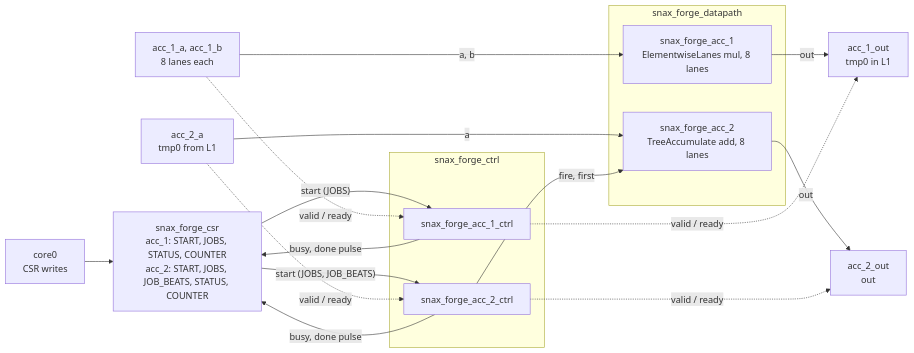
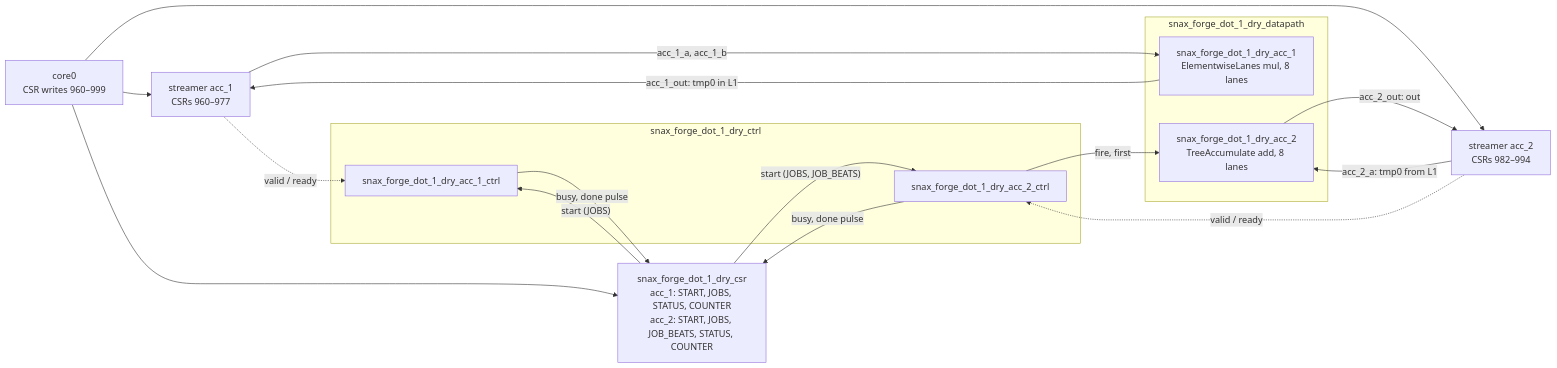
One commit to KULeuven-MICAS/snax-forge changed the diagram in examples/dryrun/2_dot_1.md. Above: the diagram before and after it, drawn with Mermaid. The commit also changed other lines of this file and 14 other files, not shown here.

First line of the commit message:
P1: the dot 1 and vecmul dry runs on SLOT1 (#54)

````diff
--- a/examples/dryrun/2_dot_1.md
+++ b/examples/dryrun/2_dot_1.md
@@ -303,25 +373,25 @@
 ```mermaid
 flowchart LR
-  core["core0<br/>CSR writes"] --> csr["snax_forge_csr<br/>acc_1: START, JOBS, STATUS, COUNTER<br/>acc_2: START, JOBS, JOB_BEATS, STATUS, COUNTER"]
-  subgraph ctrl["snax_forge_ctrl"]
-    c1["snax_forge_acc_1_ctrl"]
-    c2["snax_forge_acc_2_ctrl"]
+  core["core0<br/>CSR writes 960–999"] --> svm["streamer acc_1<br/>CSRs 960–977"]
+  core --> svs["streamer acc_2<br/>CSRs 982–994"]
+  core --> csr["snax_forge_dot_1_dry_csr<br/>acc_1: START, JOBS, STATUS, COUNTER<br/>acc_2: START, JOBS, JOB_BEATS, STATUS, COUNTER"]
+  subgraph ctrl["snax_forge_dot_1_dry_ctrl"]
+    c1["snax_forge_dot_1_dry_acc_1_ctrl"]
+    c2["snax_forge_dot_1_dry_acc_2_ctrl"]
   end
-  subgraph dp["snax_forge_datapath"]
-    d1["snax_forge_acc_1<br/>ElementwiseLanes mul, 8 lanes"]
-    d2["snax_forge_acc_2<br/>TreeAccumulate add, 8 lanes"]
+  subgraph dp["snax_forge_dot_1_dry_datapath"]
+    d1["snax_forge_dot_1_dry_acc_1<br/>ElementwiseLanes mul, 8 lanes"]
+    d2["snax_forge_dot_1_dry_acc_2<br/>TreeAccumulate add, 8 lanes"]
   end
   csr -- "start (JOBS)" --> c1
   csr -- "start (JOBS, JOB_BEATS)" --> c2
   c1 -- "busy, done pulse" --> csr
   c2 -- "busy, done pulse" --> csr
-  s1["acc_1_a, acc_1_b<br/>8 lanes each"] -- "a, b" --> d1
-  d1 -- "out" --> s1o["acc_1_out<br/>tmp0 in L1"]
-  s2["acc_2_a<br/>tmp0 from L1"] -- "a" --> d2
-  d2 -- "out" --> s2o["acc_2_out<br/>out"]
-  s1 -. "valid / ready" .-> c1
-  c1 -. "valid / ready" .-> s1o
-  s2 -. "valid / ready" .-> c2
-  c2 -. "valid / ready" .-> s2o
+  svm -- "acc_1_a, acc_1_b" --> d1
+  d1 -- "acc_1_out: tmp0 in L1" --> svm
+  svs -- "acc_2_a: tmp0 from L1" --> d2
+  d2 -- "acc_2_out: out" --> svs
+  svm -. "valid / ready" .-> c1
+  svs -. "valid / ready" .-> c2
   c2 -- "fire, first" --> d2
 ```
````
